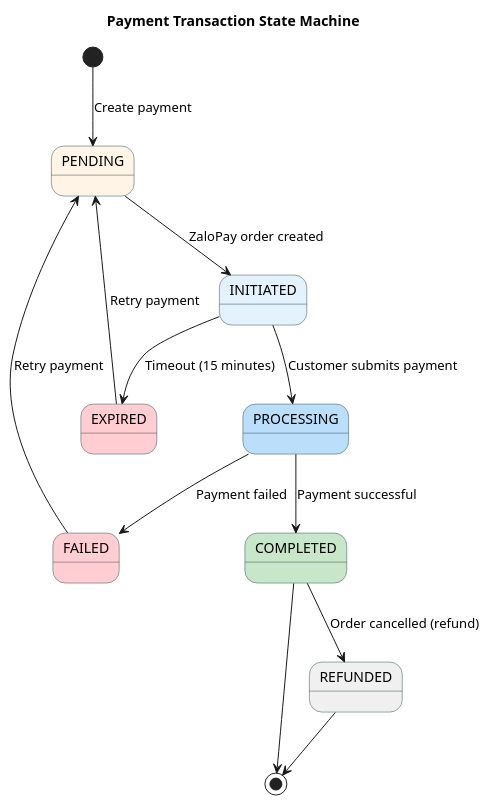
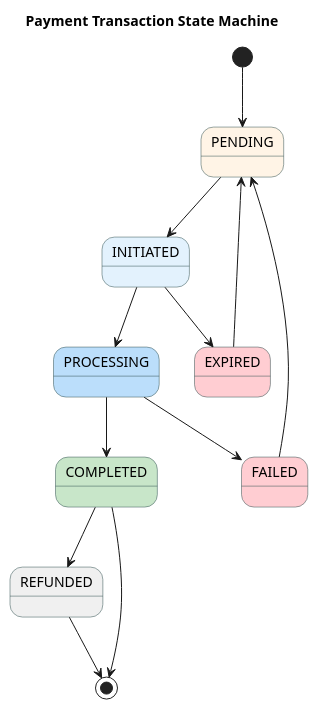
One commit to AI-powered-step-by-step-food-ordering/BE_SWD changed the second of 12 diagrams in diagrams/06_State_Diagrams_New.md. Above: the diagram before and after it, drawn with PlantUML. The commit also changed other lines of this file and 11 other files, not shown here.

````diff
--- a/diagrams/06_State_Diagrams_New.md
+++ b/diagrams/06_State_Diagrams_New.md
@@ -52,44 +51,41 @@
 ```plantuml
 @startuml
 skinparam state {
   BackgroundColor<<Pending>> #FFF4E6
   BackgroundColor<<Initiated>> #E3F2FD
   BackgroundColor<<Processing>> #BBDEFB
   BackgroundColor<<Completed>> #C8E6C9
   BackgroundColor<<Failed>> #FFCDD2
   BackgroundColor<<Refunded>> #F0F0F0
   BorderColor DarkSlateGray
   FontName Arial
 }
 
 title Payment Transaction State Machine
 
-[*] --> PENDING : Create payment
+[*] --> PENDING
 
 state PENDING <<Pending>>
 state INITIATED <<Initiated>>
 state PROCESSING <<Processing>>
 state COMPLETED <<Completed>>
 state FAILED <<Failed>>
 state EXPIRED <<Failed>>
 state REFUNDED <<Refunded>>
 
-PENDING --> INITIATED : ZaloPay order created
+PENDING --> INITIATED
+INITIATED --> PROCESSING
+INITIATED --> EXPIRED
 
-INITIATED --> PROCESSING : Customer submits payment
-INITIATED --> EXPIRED : Timeout (15 minutes)
+PROCESSING --> COMPLETED
+PROCESSING --> FAILED
 
-PROCESSING --> COMPLETED : Payment successful
-PROCESSING --> FAILED : Payment failed
+FAILED --> PENDING
+EXPIRED --> PENDING
 
-FAILED --> PENDING : Retry payment
-EXPIRED --> PENDING : Retry payment
-
-COMPLETED --> REFUNDED : Order cancelled (refund)
-
+COMPLETED --> REFUNDED
 COMPLETED --> [*]
 REFUNDED --> [*]
 
-
 @enduml
 ```
````
